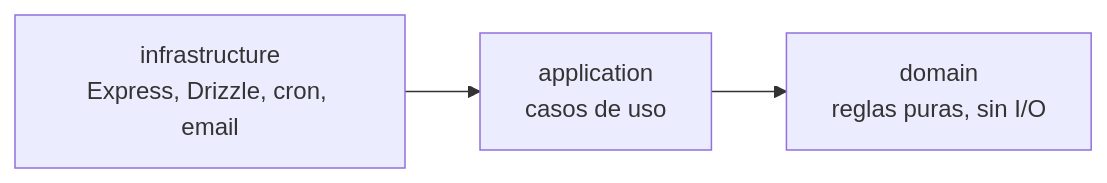
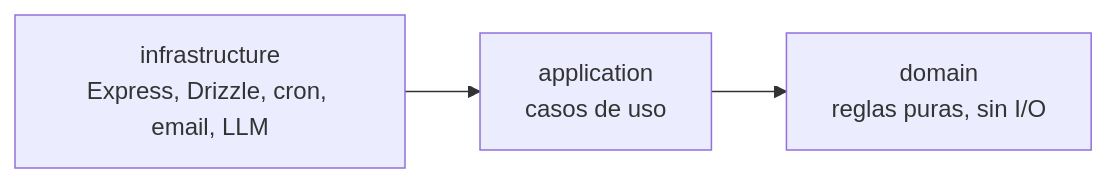
The first of 2 diagrams in README.md (Francoreinoso/gestor-turnos-saas), drawn with Mermaid before and after one commit. The commit also changed other lines of this file and 5 other files, not shown here.

````diff
--- a/README.md
+++ b/README.md
@@ -42,5 +44,5 @@
 ```mermaid
 flowchart LR
-  infrastructure["infrastructure<br/>Express, Drizzle, cron, email"] --> application["application<br/>casos de uso"]
+  infrastructure["infrastructure<br/>Express, Drizzle, cron, email, LLM"] --> application["application<br/>casos de uso"]
   application --> domain["domain<br/>reglas puras, sin I/O"]
 ```
````
